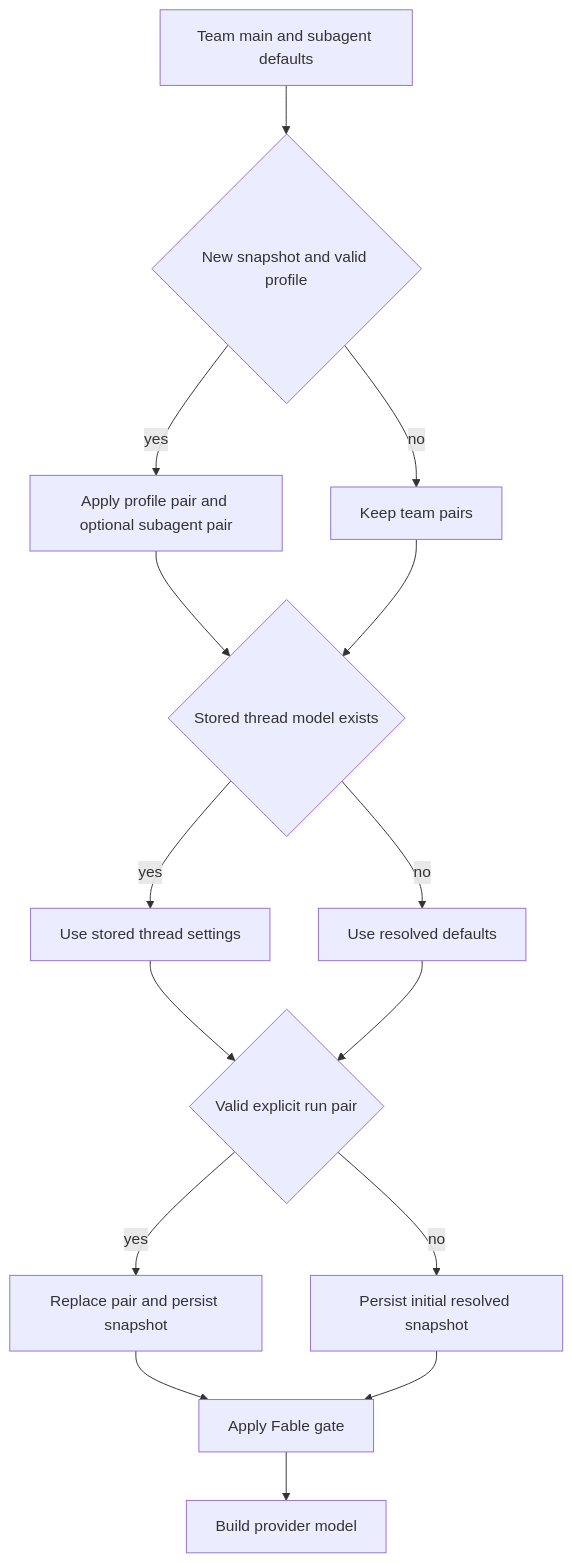
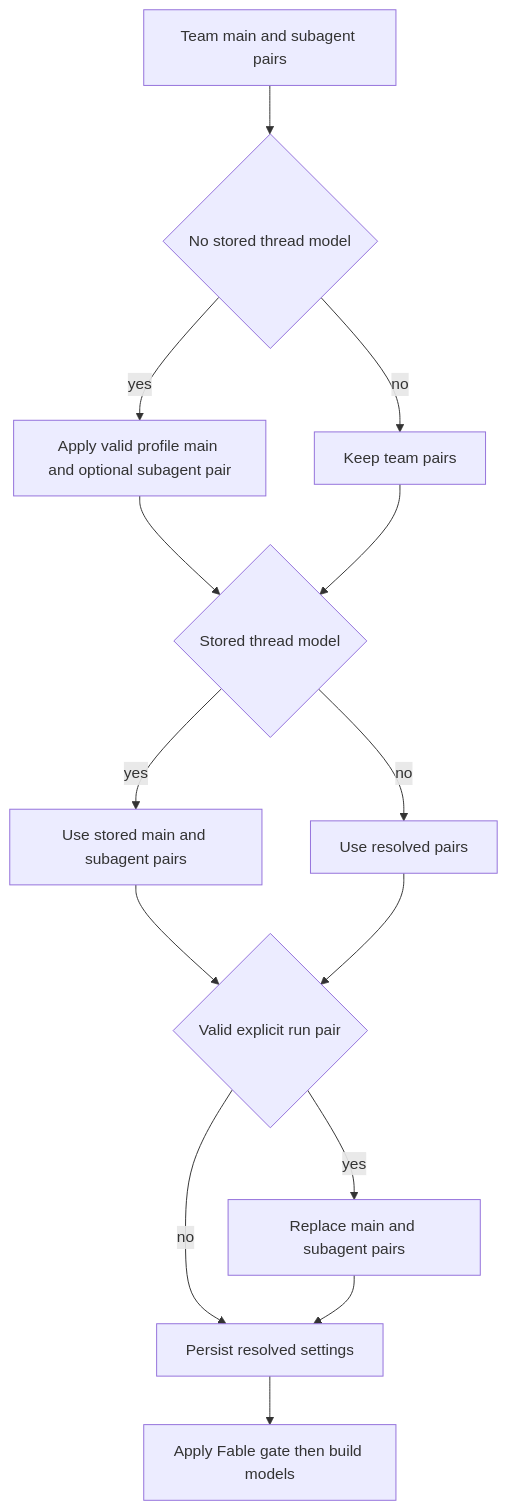
Before and after one commit to langchain-ai/open-swe: the diagram in openwiki/concepts/models-profiles-instructions.md, drawn with Mermaid. The commit also changed other lines of this file and 52 other files, not shown here.

````diff
--- a/openwiki/concepts/models-profiles-instructions.md
+++ b/openwiki/concepts/models-profiles-instructions.md
@@ -113,17 +70,16 @@
 ```mermaid
 flowchart TD
-  Team["Team main and subagent defaults"] --> Profile{"New snapshot and valid profile"}
-  Profile -- "yes" --> ProfilePair["Apply profile pair and optional subagent pair"]
-  Profile -- "no" --> Defaults["Keep team pairs"]
-  ProfilePair --> Stored{"Stored thread model exists"}
-  Defaults --> Stored
-  Stored -- "yes" --> Snapshot["Use stored thread settings"]
-  Stored -- "no" --> Resolved["Use resolved defaults"]
+  Team["Team main and subagent pairs"] --> Profile{"No stored thread model"}
+  Profile -- "yes" --> ApplyProfile["Apply valid profile main and optional subagent pair"]
+  Profile -- "no" --> KeepTeam["Keep team pairs"]
+  ApplyProfile --> Stored{"Stored thread model"}
+  KeepTeam --> Stored
+  Stored -- "yes" --> Snapshot["Use stored main and subagent pairs"]
+  Stored -- "no" --> Initial["Use resolved pairs"]
   Snapshot --> Explicit{"Valid explicit run pair"}
-  Resolved --> Explicit
-  Explicit -- "yes" --> Override["Replace pair and persist snapshot"]
-  Explicit -- "no" --> Persist["Persist initial resolved snapshot"]
-  Override --> Fable["Apply Fable gate"]
-  Persist --> Fable
-  Fable --> Build["Build provider model"]
+  Initial --> Explicit
+  Explicit -- "yes" --> Replace["Replace main and subagent pairs"]
+  Explicit -- "no" --> Persist["Persist resolved settings"]
+  Replace --> Persist
+  Persist --> Gate["Apply Fable gate then build models"]
 ```
````
